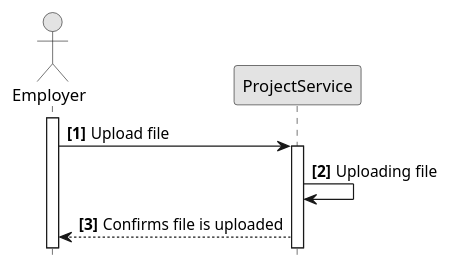
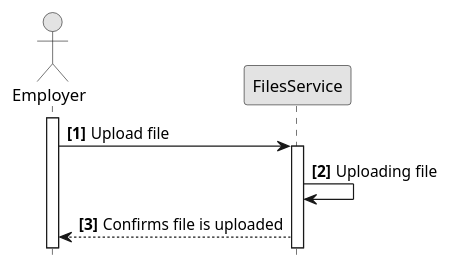
One commit to converge-app/diagrams changed the diagram in src/software-architecture/sequence/freelancer-flow/upload-file.pu. Above: the diagram before and after it, drawn with PlantUML. The commit also changed 7 other files, not shown here.

```diff
--- a/src/software-architecture/sequence/freelancer-flow/upload-file.pu
+++ b/src/software-architecture/sequence/freelancer-flow/upload-file.pu
@@ -1,15 +1,15 @@
 @startuml
 hide footbox
 autonumber "<b>[0]"
 skinparam monochrome true
 
 actor Employer
-participant ProjectService
+participant FilesService
 
 activate Employer
-Employer -> ProjectService: Upload file
+Employer -> FilesService: Upload file
 
-activate ProjectService
-ProjectService -> ProjectService: Uploading file
-ProjectService --> Employer: Confirms file is uploaded
+activate FilesService
+FilesService -> FilesService: Uploading file
+FilesService --> Employer: Confirms file is uploaded
 @enduml
```
